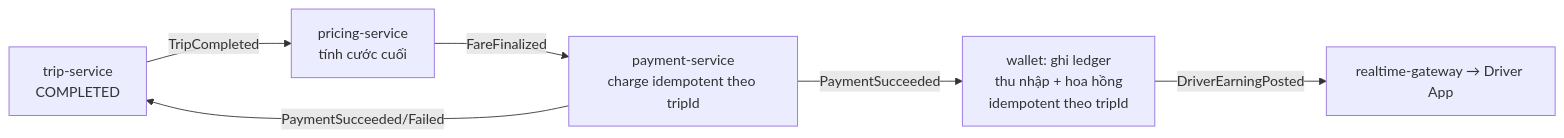
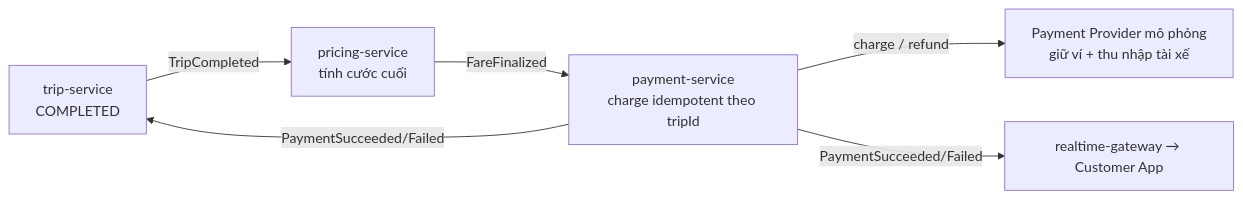
One commit to Chuongpham2004/Ride-Hailing-Logistics changed the third of 7 diagrams in README.md. Above: the diagram before and after it, drawn with Mermaid. The commit also changed other lines of this file and 61 other files, not shown here.

First line of the commit message:
refactor(payment): move driver wallets to the payment provider

````diff
--- a/README.md
+++ b/README.md
@@ -379,8 +378,8 @@
 ```mermaid
 flowchart LR
     T[trip-service<br/>COMPLETED] -- TripCompleted --> P[pricing-service<br/>tính cước cuối]
     P -- FareFinalized --> PA[payment-service<br/>charge idempotent theo tripId]
-    PA -- PaymentSucceeded --> W[wallet: ghi ledger<br/>thu nhập + hoa hồng<br/>idempotent theo tripId]
-    W -- DriverEarningPosted --> RT[realtime-gateway → Driver App]
+    PA -- charge / refund --> PP[Payment Provider mô phỏng<br/>giữ ví + thu nhập tài xế]
     PA -- PaymentSucceeded/Failed --> T
+    PA -- PaymentSucceeded/Failed --> RT[realtime-gateway → Customer App]
 ```
````
